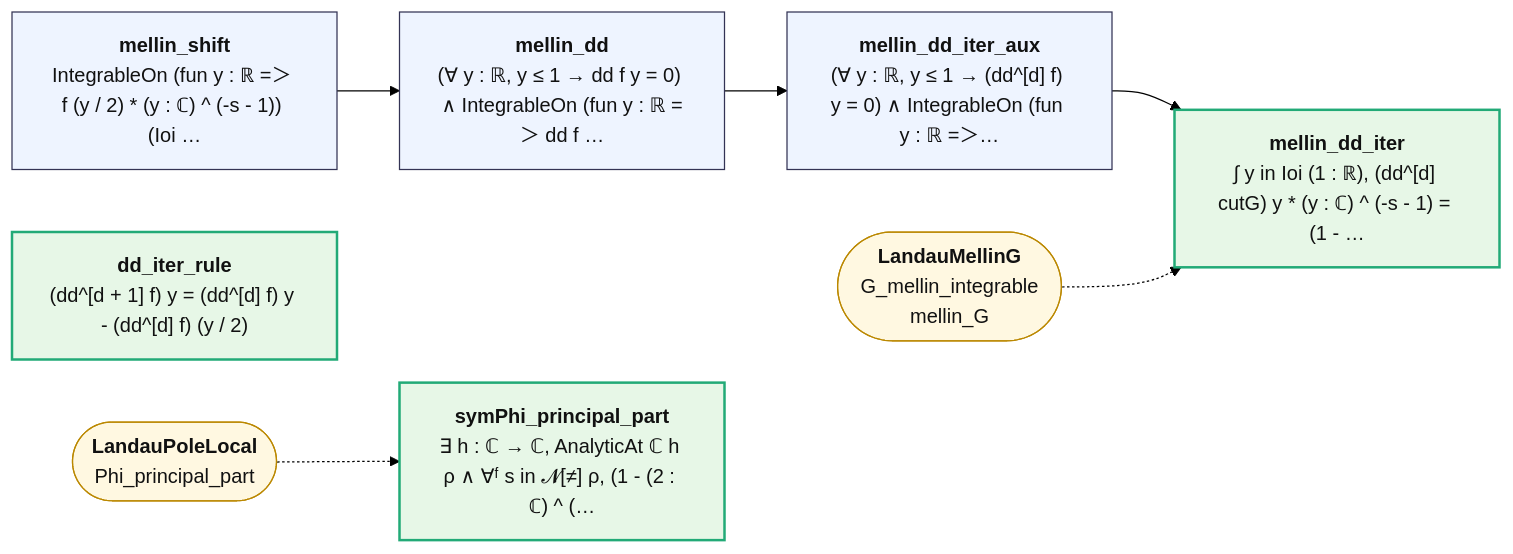
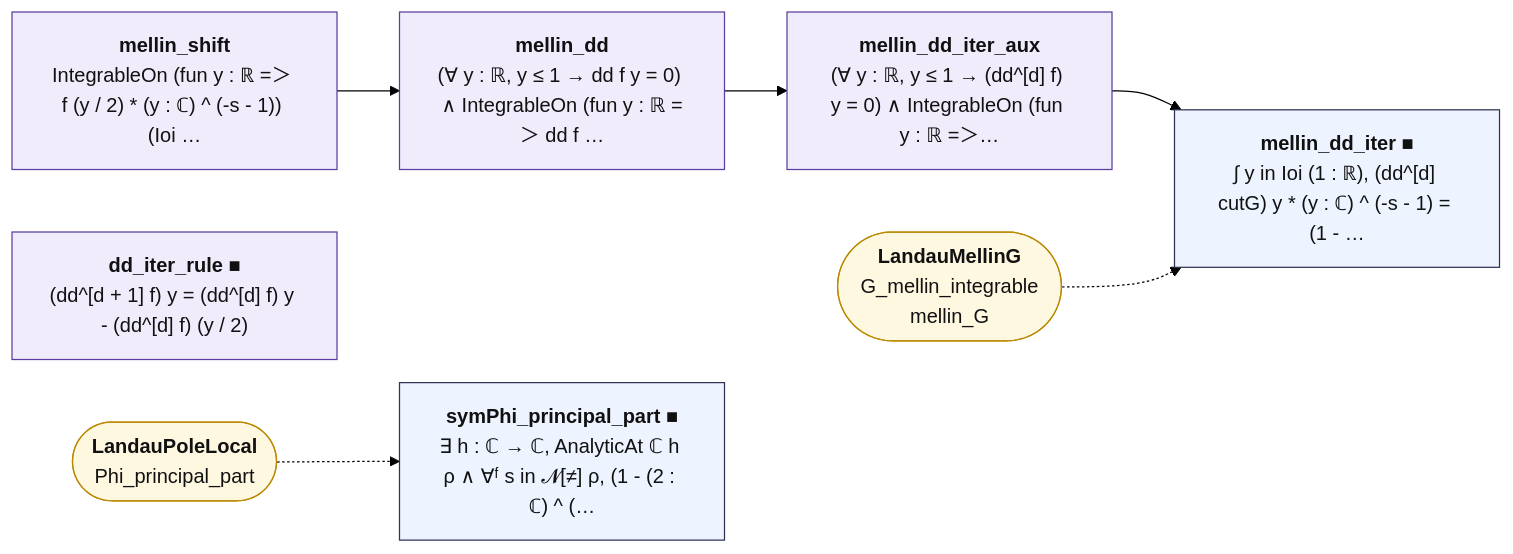
One commit to juliansambranojr/Primebeat_081426 changed the diagram in map/lean_stage3/JointSymbol.md. Above: the diagram before and after it, drawn with Mermaid (forest theme). The commit also changed other lines of this file and 398 other files, not shown here.

````diff
--- a/map/lean_stage3/JointSymbol.md
+++ b/map/lean_stage3/JointSymbol.md
@@ -12,21 +12,24 @@
 ```mermaid
 flowchart LR
-  n0["<b>mellin_shift</b><br/>IntegrableOn (fun y : ℝ =＞ f (y / 2) * (y : ℂ) ^ (-s - 1)) (Ioi …"]:::thm
-  n1["<b>mellin_dd</b><br/>(∀ y : ℝ, y ≤ 1 → dd f y = 0) ∧ IntegrableOn (fun y : ℝ =＞ dd f …"]:::thm
-  n2["<b>mellin_dd_iter_aux</b><br/>(∀ y : ℝ, y ≤ 1 → (dd^[d] f) y = 0) ∧ IntegrableOn (fun y : ℝ =＞…"]:::thm
-  n3["<b>mellin_dd_iter</b><br/>∫ y in Ioi (1 : ℝ), (dd^[d] cutG) y * (y : ℂ) ^ (-s - 1) = (1 - …"]:::end_
-  n4["<b>dd_iter_rule</b><br/>(dd^[d + 1] f) y = (dd^[d] f) y - (dd^[d] f) (y / 2)"]:::end_
-  n5["<b>symPhi_principal_part</b><br/>∃ h : ℂ → ℂ, AnalyticAt ℂ h ρ ∧ ∀ᶠ s in 𝓝[≠] ρ, (1 - (2 : ℂ) ^ (…"]:::end_
+  n0["<b>mellin_shift</b><br/>IntegrableOn (fun y : ℝ =＞ f (y / 2) * (y : ℂ) ^ (-s - 1)) (Ioi …"]:::shp
+  n1["<b>mellin_dd</b><br/>(∀ y : ℝ, y ≤ 1 → dd f y = 0) ∧ IntegrableOn (fun y : ℝ =＞ dd f …"]:::shp
+  n2["<b>mellin_dd_iter_aux</b><br/>(∀ y : ℝ, y ≤ 1 → (dd^[d] f) y = 0) ∧ IntegrableOn (fun y : ℝ =＞…"]:::shp
+  n3["<b>mellin_dd_iter ■</b><br/>∫ y in Ioi (1 : ℝ), (dd^[d] cutG) y * (y : ℂ) ^ (-s - 1) = (1 - …"]:::thm
+  n4["<b>dd_iter_rule ■</b><br/>(dd^[d + 1] f) y = (dd^[d] f) y - (dd^[d] f) (y / 2)"]:::shp
+  n5["<b>symPhi_principal_part ■</b><br/>∃ h : ℂ → ℂ, AnalyticAt ℂ h ρ ∧ ∀ᶠ s in 𝓝[≠] ρ, (1 - (2 : ℂ) ^ (…"]:::thm
   x0(["<b>LandauMellinG</b><br/>G_mellin_integrable<br/>mellin_G"]):::ext
   x1(["<b>LandauPoleLocal</b><br/>Phi_principal_part"]):::ext
   n0 --> n1
   n1 --> n2
   n2 --> n3
   x0 -.-> n3
   x1 -.-> n5
+  classDef cnt fill:#dff5ec,stroke:#17694a,color:#111
+  classDef shp fill:#f1ecfb,stroke:#5b3fa0,color:#111
+  classDef rh fill:#ffe5e5,stroke:#c22,color:#111,stroke-width:2px
   classDef thm fill:#eef4ff,stroke:#335,color:#111
   classDef end_ fill:#e7f7e7,stroke:#2a7,color:#111,stroke-width:2px
   classDef lone fill:#fff,stroke:#999,color:#111,stroke-dasharray:4 3
   classDef bad fill:#ffe5e5,stroke:#c22,color:#111,stroke-width:2px
   classDef ext fill:#fff8e1,stroke:#b80,color:#111
 ```
````
